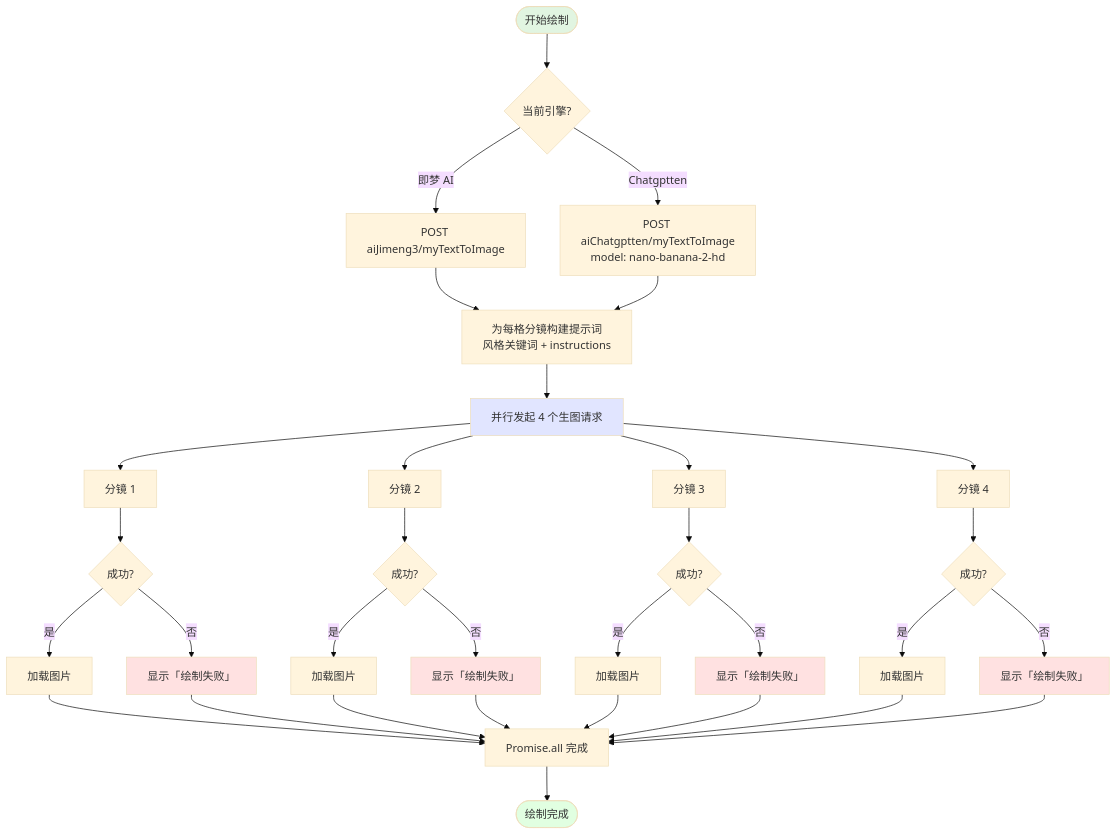
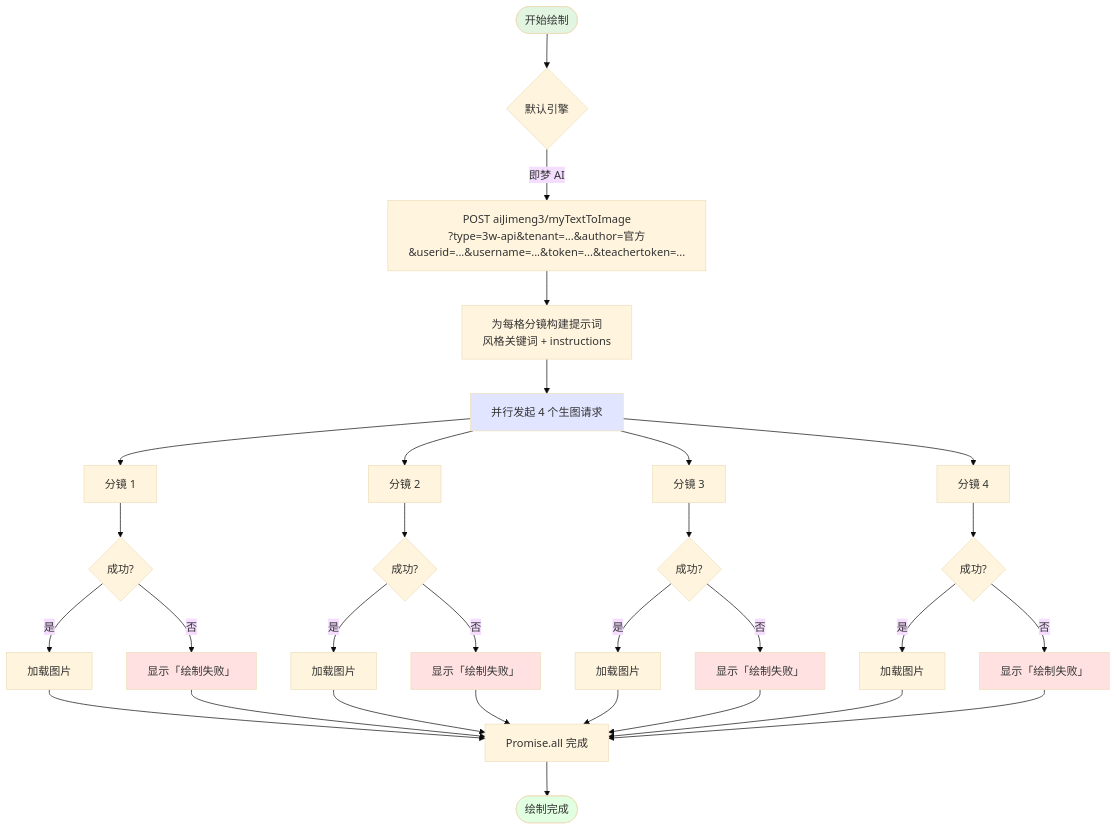
Before and after one commit to gersy0716-cloud/CompanyMAMALE: the third of 4 diagrams in 项目/待完成项目/生成漫画/docs/工作流程图.md, drawn with Mermaid (base theme). The commit also changed other lines of this file and 28 other files, not shown here.

````diff
--- a/项目/待完成项目/生成漫画/docs/工作流程图.md
+++ b/项目/待完成项目/生成漫画/docs/工作流程图.md
@@ -98,49 +99,47 @@
 ```mermaid
 flowchart TD
-    Start([开始绘制]) --> GetEngine{当前引擎?}
-    GetEngine --> |即梦 AI| JimengAPI["POST aiJimeng3/myTextToImage"]
-    GetEngine --> |Chatgptten| ChatAPI["POST aiChatgptten/myTextToImage\nmodel: nano-banana-2-hd"]
+    Start([开始绘制]) --> GetEngine{默认引擎}
+    GetEngine --> |即梦 AI| JimengAPI["POST aiJimeng3/myTextToImage\n?type=3w-api&tenant=...&author=官方&userid=...&username=...&token=...&teachertoken=..."]
 
     JimengAPI --> BuildPrompts
-    ChatAPI --> BuildPrompts
 
     BuildPrompts["为每格分镜构建提示词\n风格关键词 + instructions"] --> Parallel["并行发起 4 个生图请求"]
 
     Parallel --> Task1["分镜 1"]
     Parallel --> Task2["分镜 2"]
     Parallel --> Task3["分镜 3"]
     Parallel --> Task4["分镜 4"]
 
     Task1 --> Check1{成功?}
     Task2 --> Check2{成功?}
     Task3 --> Check3{成功?}
     Task4 --> Check4{成功?}
 
     Check1 --> |是| Load1[加载图片]
     Check1 --> |否| Fail1["显示「绘制失败」"]
     Check2 --> |是| Load2[加载图片]
     Check2 --> |否| Fail2["显示「绘制失败」"]
     Check3 --> |是| Load3[加载图片]
     Check3 --> |否| Fail3["显示「绘制失败」"]
     Check4 --> |是| Load4[加载图片]
     Check4 --> |否| Fail4["显示「绘制失败」"]
 
     Load1 --> AllDone["Promise.all 完成"]
     Load2 --> AllDone
     Load3 --> AllDone
     Load4 --> AllDone
     Fail1 --> AllDone
     Fail2 --> AllDone
     Fail3 --> AllDone
     Fail4 --> AllDone
 
     AllDone --> End([绘制完成])
 
     style Start fill:#e1f5e1
     style End fill:#e1ffe1
     style Parallel fill:#e1e5ff
     style Fail1 fill:#ffe1e1
     style Fail2 fill:#ffe1e1
     style Fail3 fill:#ffe1e1
     style Fail4 fill:#ffe1e1
 ```
````
